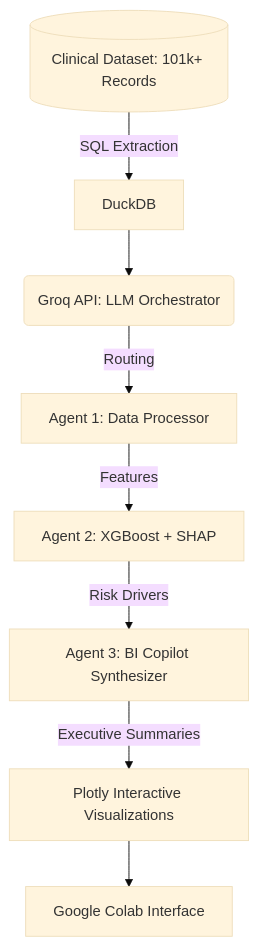
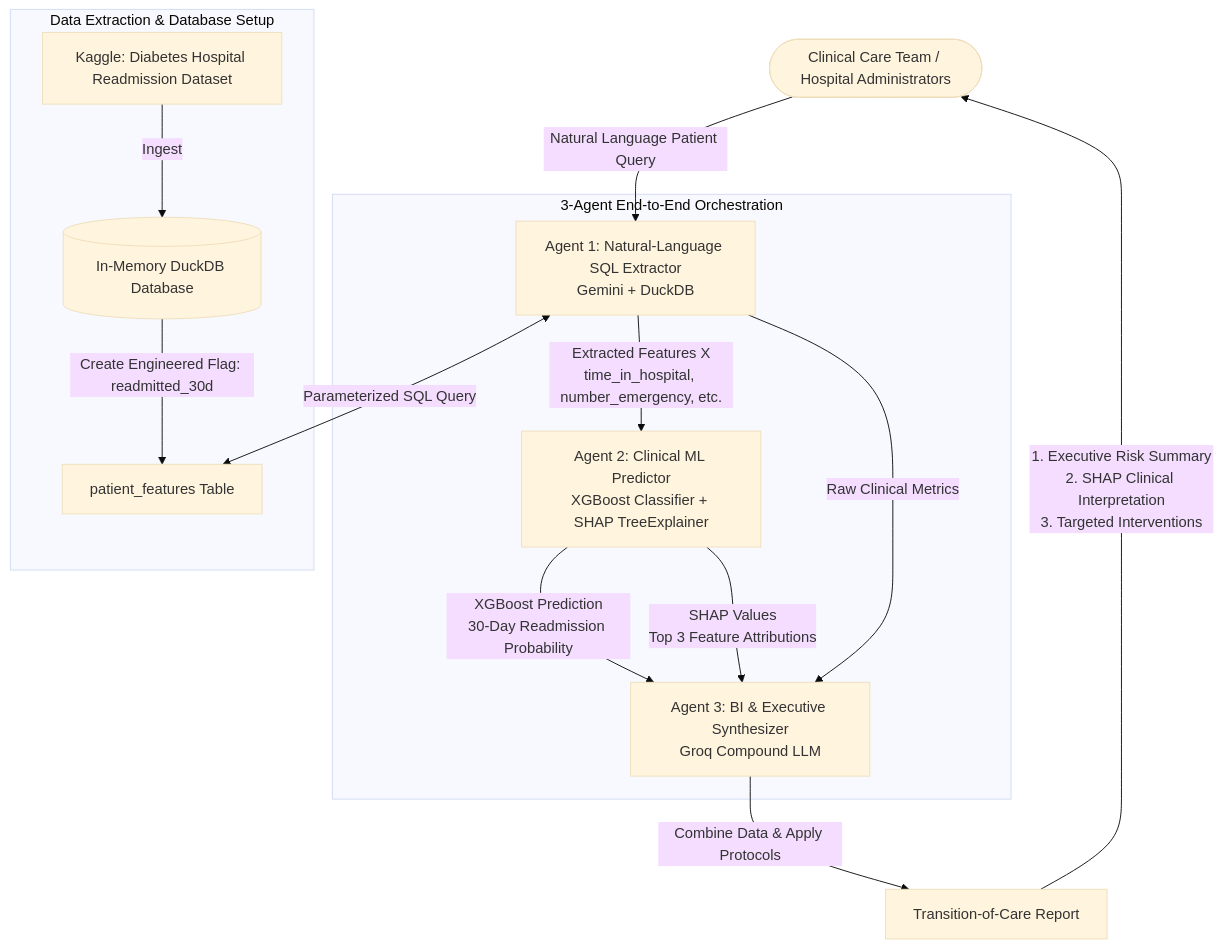
The second of 2 diagrams in README.md (nmemranhussain/One-page-visual-system-architecture), drawn with Mermaid (base theme) before and after one commit. The commit also changed other lines of this file, not shown here.

Commit message:
Revise flowchart and enhance README content
Updated the flowchart to reflect the new orchestration pipeline and added details about the user layer and data extraction.

````diff
--- a/README.md
+++ b/README.md
@@ -51,10 +52,31 @@
 ```mermaid
-graph TD
-    A[(Clinical Dataset: 101k+ Records)] -->|SQL Extraction| B[DuckDB]
-    B --> C(Groq API: LLM Orchestrator)
-    C -->|Routing| D[Agent 1: Data Processor]
-    D -->|Features| E[Agent 2: XGBoost + SHAP]
-    E -->|Risk Drivers| F[Agent 3: BI Copilot Synthesizer]
-    F -->|Executive Summaries| G[Plotly Interactive Visualizations]
-    G --> H[Google Colab Interface]
+flowchart TD
+    %% User Layer
+    User([Clinical Care Team / Hospital Administrators]) -->|Natural Language Patient Query| Agent1
+
+    %% Data Initialization
+    subgraph Data [Data Extraction & Database Setup]
+        Kaggle[Kaggle: Diabetes Hospital Readmission Dataset] -->|Ingest| DuckDB[(In-Memory DuckDB Database)]
+        DuckDB -->|Create Engineered Flag: readmitted_30d| Table[patient_features Table]
+    end
+
+    %% Agentic Orchestration Pipeline
+    subgraph Pipeline [3-Agent End-to-End Orchestration]
+        Agent1[Agent 1: Natural-Language SQL Extractor<br/>Gemini + DuckDB]
+        Agent2[Agent 2: Clinical ML Predictor<br/>XGBoost Classifier + SHAP TreeExplainer]
+        Agent3[Agent 3: BI & Executive Synthesizer<br/>Groq Compound LLM]
+    end
+
+    %% Workflow Connections
+    Agent1 <-->|Parameterized SQL Query| Table
+    Agent1 -->|Extracted Features X<br/>time_in_hospital, number_emergency, etc.| Agent2
+    Agent1 -->|Raw Clinical Metrics| Agent3
+
+    Agent2 -->|XGBoost Prediction<br/>30-Day Readmission Probability| Agent3
+    Agent2 -->|SHAP Values<br/>Top 3 Feature Attributions| Agent3
+
+    Agent3 -->|Combine Data & Apply Protocols| Output[Transition-of-Care Report]
+    
+    %% Output
+    Output -->|1. Executive Risk Summary<br/>2. SHAP Clinical Interpretation<br/>3. Targeted Interventions| User
 ```
````
